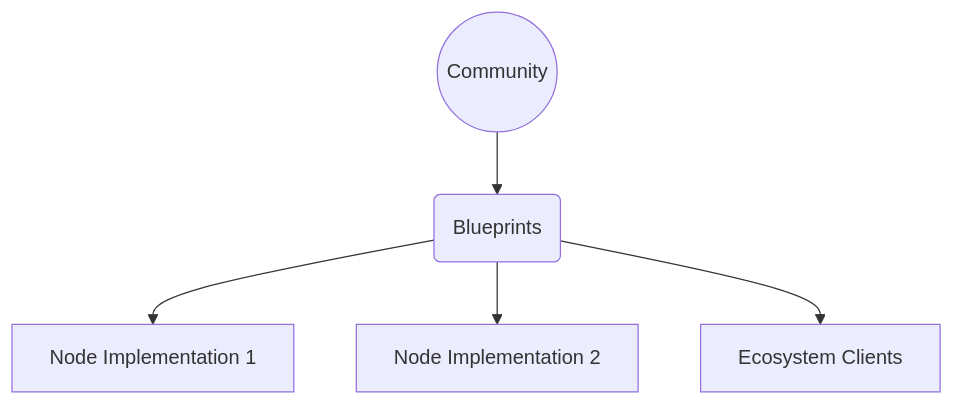
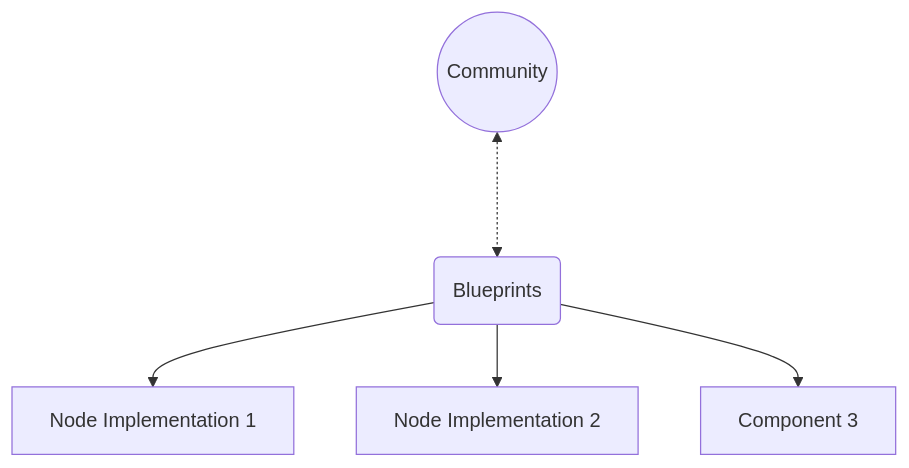
Before and after one commit to rkuhn/cardano-blueprint: the diagram in src/introduction/README.md, drawn with Mermaid. The commit also changed other lines of this file, not shown here.

````diff
--- a/src/introduction/README.md
+++ b/src/introduction/README.md
@@ -13,13 +13,13 @@
 ```mermaid
 graph TB
     COM((Community))
     BP(Blueprints)
     N1[Node Implementation 1]
     N2[Node Implementation 2]
-    C[Ecosystem Clients]
+    C[Component 3]
 
-    COM --> BP
+    COM <-..-> BP
     BP --> N1
     BP --> N2
     BP --> C
 ```
````
